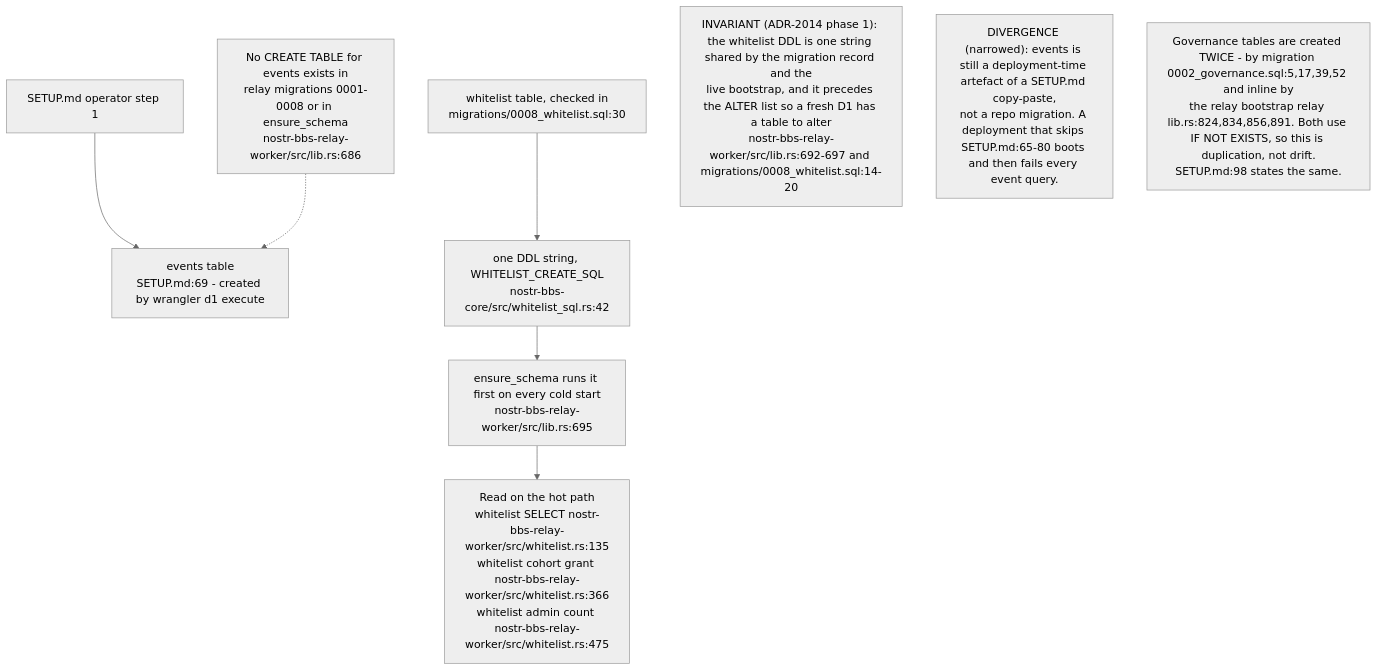
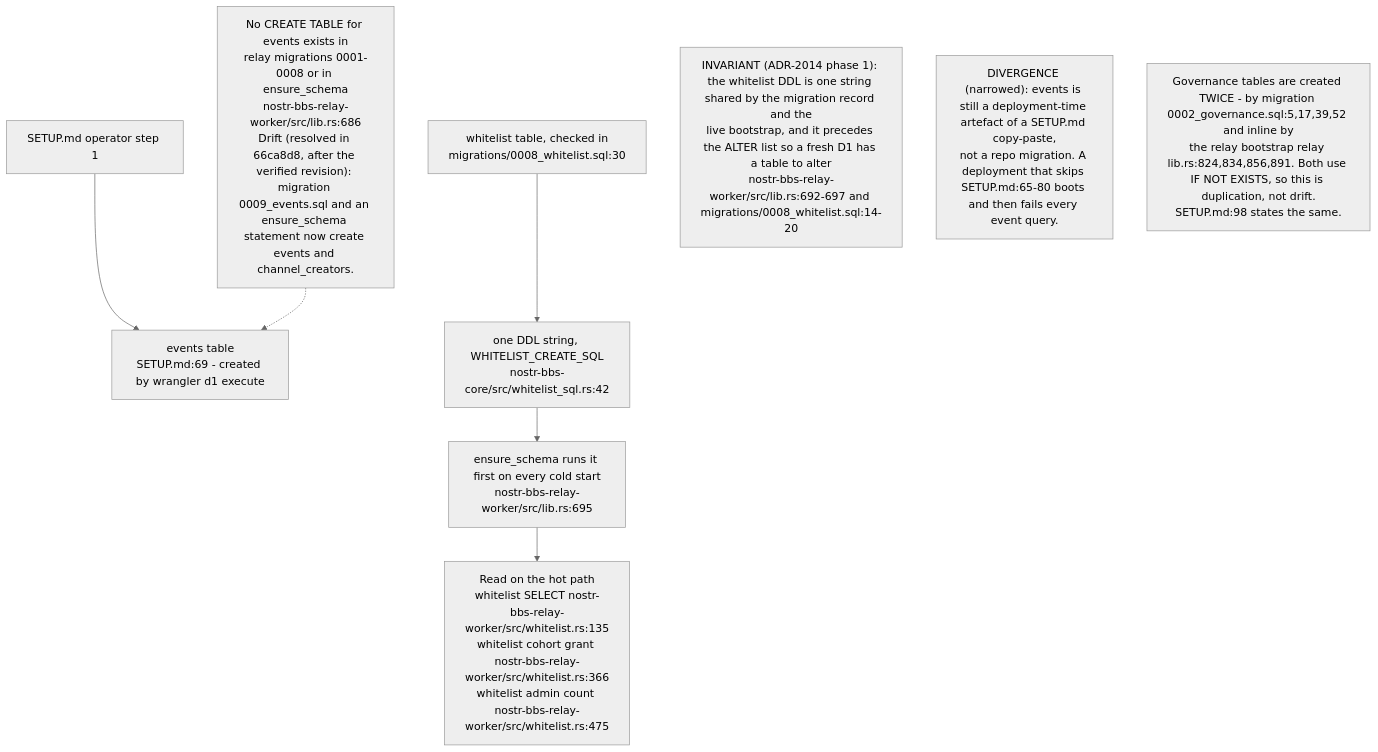
The sixth of 9 diagrams in docs/diagrams/nostr-rust-forum/08-config-zones-stores-and-admin-authority.md (DreamLab-AI/VisionFlow), drawn with Mermaid (neutral theme) before and after one commit. The commit also changed other lines of this file and 80 other files, not shown here.

First line of the commit message:
docs(diagrams): re-verify the agentbox, dreamlab, estate and visionflow corpus against current sources

````diff
--- a/docs/diagrams/nostr-rust-forum/08-config-zones-stores-and-admin-authority.md
+++ b/docs/diagrams/nostr-rust-forum/08-config-zones-stores-and-admin-authority.md
@@ -190,20 +190,20 @@
 ```mermaid
 flowchart TB
     SETUP["SETUP.md operator step 1"]
     EVENTS["events table<br/>SETUP.md:69 - created by wrangler d1 execute"]
     MIG["whitelist table, checked in<br/>migrations/0008_whitelist.sql:30"]
     CORE["one DDL string, WHITELIST_CREATE_SQL<br/>nostr-bbs-core/src/whitelist_sql.rs:42"]
     ENS["ensure_schema runs it first on every cold start<br/>nostr-bbs-relay-worker/src/lib.rs:695"]
     READERS["Read on the hot path<br/>whitelist SELECT nostr-bbs-relay-worker/src/whitelist.rs:135<br/>whitelist cohort grant nostr-bbs-relay-worker/src/whitelist.rs:366<br/>whitelist admin count nostr-bbs-relay-worker/src/whitelist.rs:475"]
-    NOCREATE["No CREATE TABLE for events exists in<br/>relay migrations 0001-0008 or in ensure_schema<br/>nostr-bbs-relay-worker/src/lib.rs:686"]
+    NOCREATE["No CREATE TABLE for events exists in<br/>relay migrations 0001-0008 or in ensure_schema<br/>nostr-bbs-relay-worker/src/lib.rs:686<br/>Drift (resolved in 66ca8d8, after the verified revision): migration 0009_events.sql and an ensure_schema statement now create events and channel_creators."]
 
     SETUP --> EVENTS
     MIG --> CORE
     CORE --> ENS
     ENS --> READERS
     NOCREATE -.-> EVENTS
 
     N1["INVARIANT (ADR-2014 phase 1): the whitelist DDL is one string shared by the migration record and the<br/>live bootstrap, and it precedes the ALTER list so a fresh D1 has a table to alter<br/>nostr-bbs-relay-worker/src/lib.rs:692-697 and migrations/0008_whitelist.sql:14-20"]
     N2["DIVERGENCE (narrowed): events is still a deployment-time artefact of a SETUP.md copy-paste,<br/>not a repo migration. A deployment that skips SETUP.md:65-80 boots and then fails every event query."]
     N3["Governance tables are created TWICE - by migration 0002_governance.sql:5,17,39,52 and inline by<br/>the relay bootstrap relay lib.rs:824,834,856,891. Both use IF NOT EXISTS, so this is duplication, not drift.<br/>SETUP.md:98 states the same."]
 ```
````
